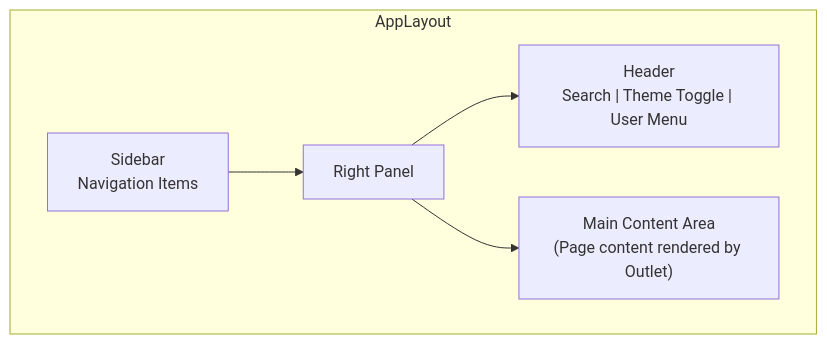
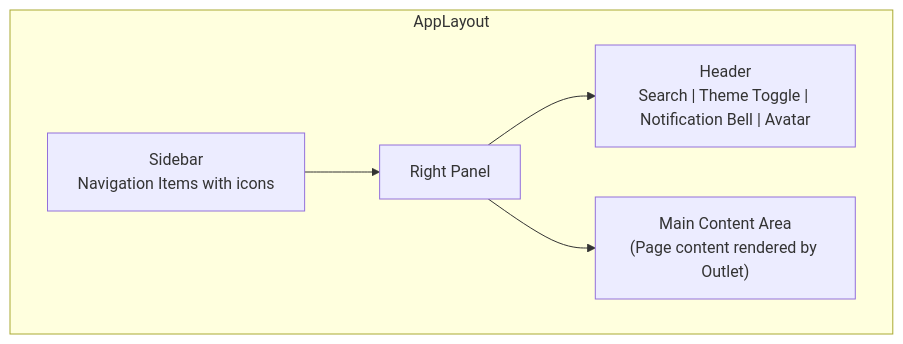
Before and after one commit to oyinlola-tech/kolo-nomba: the fifth of 7 diagrams in docs/frontend-architecture.md, drawn with Mermaid. The commit also changed other lines of this file and 7 other files, not shown here.

Commit message:
docs: rewrite demo-guide, update frontend-architecture, README, and all version references to match current codebase

````diff
--- a/docs/frontend-architecture.md
+++ b/docs/frontend-architecture.md
@@ -273,13 +347,13 @@
 ```mermaid
 flowchart TB
     subgraph AppLayout["AppLayout"]
-        Sidebar["Sidebar\nNavigation Items"]
+        Sidebar["Sidebar\nNavigation Items with icons"]
         Right["Right Panel"]
-        Header["Header\nSearch | Theme Toggle | User Menu"]
+        Header["Header\nSearch | Theme Toggle | Notification Bell | Avatar"]
         Content["Main Content Area\n(Page content rendered by Outlet)"]
     end
 
     Sidebar --> Right
     Right --> Header
     Right --> Content
 ```
````
